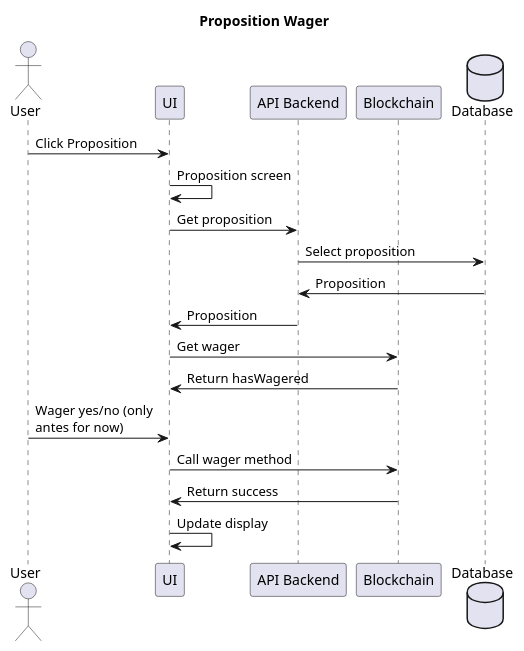
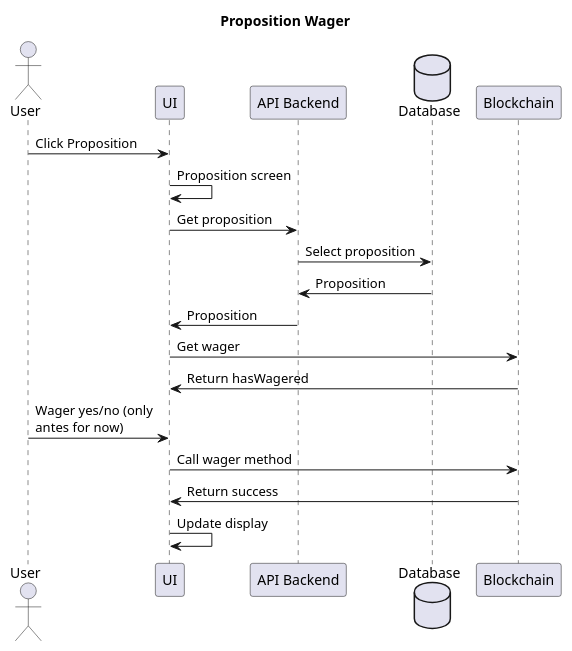
The diagram in Diagrams/UserStories/bet_on_proposition.puml (adhurjaty/prediction-app), drawn with PlantUML before and after one commit. The commit also changed other lines of this file and 3 other files, not shown here.

Commit message:
updates diagrams

```diff
--- a/Diagrams/UserStories/bet_on_proposition.puml
+++ b/Diagrams/UserStories/bet_on_proposition.puml
@@ -1,24 +1,24 @@
 @startuml Bet on Proposition
 
 title Proposition Wager
 
 actor User as user
 participant UI as ui
 participant "API Backend" as api
+database Database as db
 participant Blockchain as bc
-database Database as db
 
 user -> ui : Click Proposition
 ui -> ui : Proposition screen
 ui -> api : Get proposition
 api -> db : Select proposition
 db -> api : Proposition
 api -> ui : Proposition
 ui -> bc : Get wager 
 bc -> ui : Return hasWagered
 user -> ui : Wager yes/no (only\nantes for now)
 ui -> bc : Call wager method
 bc -> ui : Return success
 ui -> ui : Update display
 
 @enduml
```
